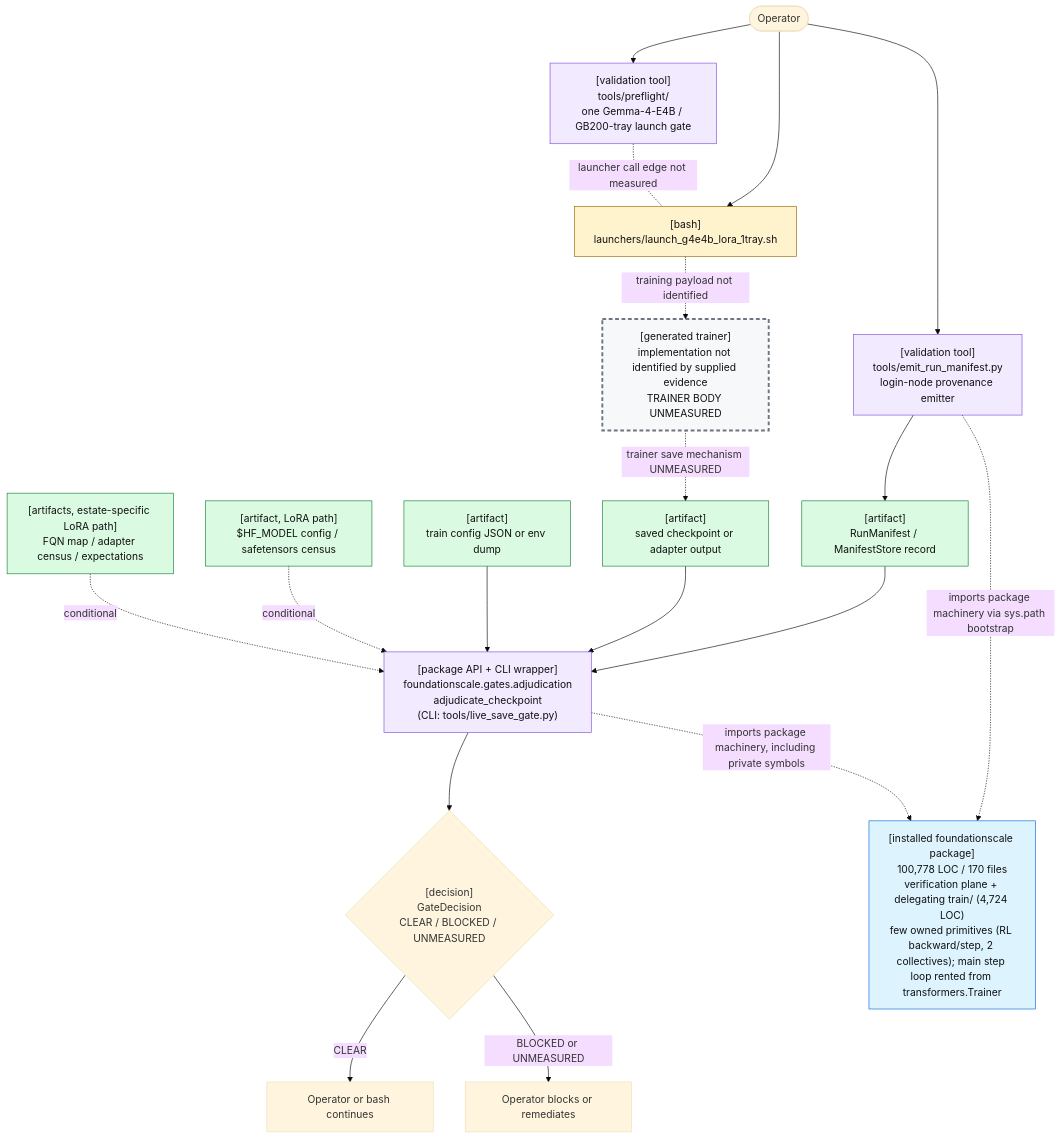
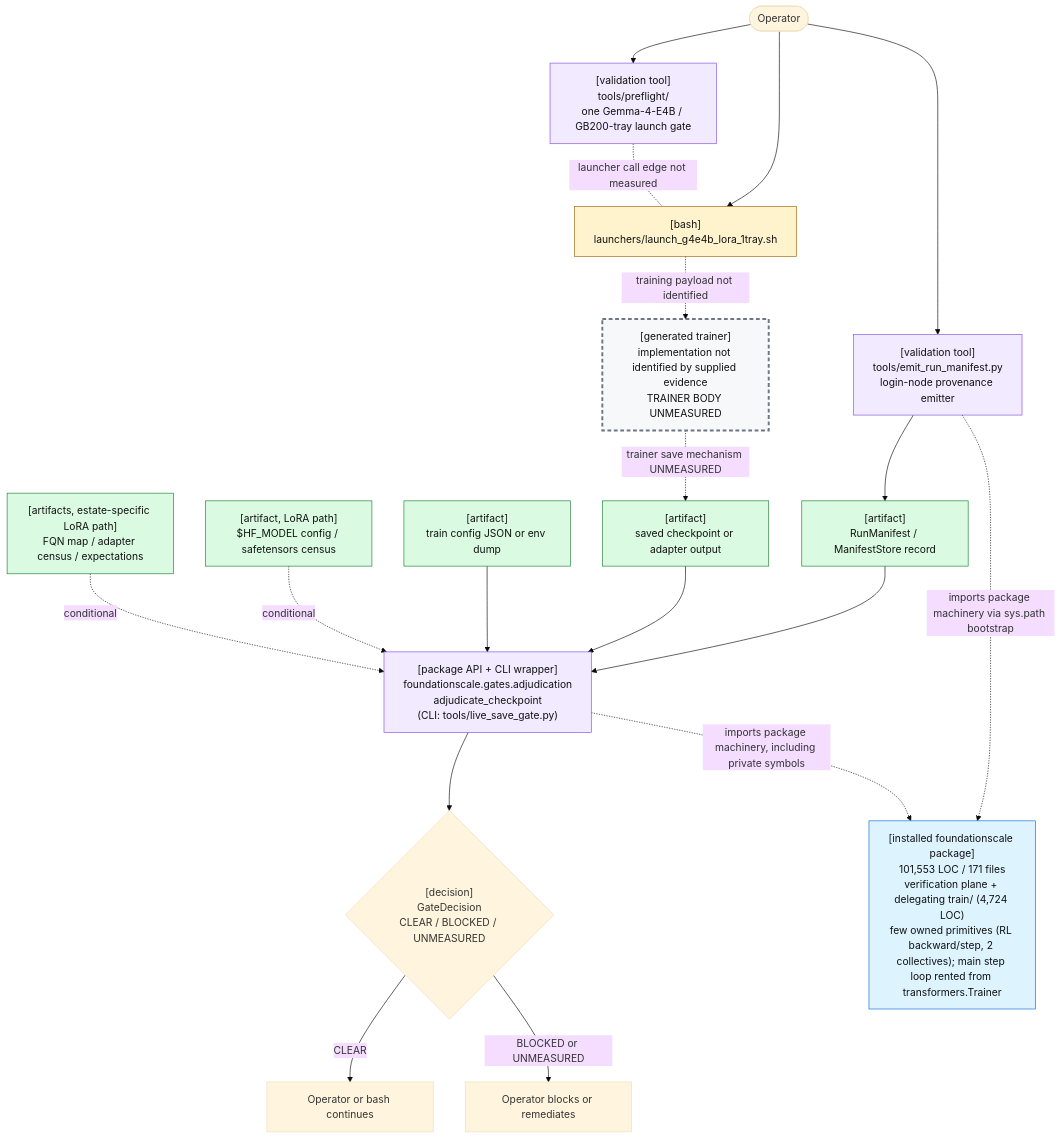
Before and after one commit to TranNhiem/FoundationScale: the first of 2 diagrams in docs/review/D2_current_architecture.md, drawn with Mermaid (base theme). The commit also changed other lines of this file and 10 other files, not shown here.

````diff
--- a/docs/review/D2_current_architecture.md
+++ b/docs/review/D2_current_architecture.md
@@ -25,59 +25,59 @@
 ```mermaid
 flowchart TB
   O(["Operator"])
 
   PF["[validation tool]<br/>tools/preflight/<br/>one Gemma-4-E4B / GB200-tray launch gate"]
   L["[bash]<br/>launchers/launch_g4e4b_lora_1tray.sh"]
 
   E["[validation tool]<br/>tools/emit_run_manifest.py<br/>login-node provenance emitter"]
   M["[artifact]<br/>RunManifest / ManifestStore record"]
 
   T["[generated trainer]<br/>implementation not identified by supplied evidence<br/>TRAINER BODY UNMEASURED"]
   C["[artifact]<br/>saved checkpoint or adapter output"]
 
   G["[package API + CLI wrapper]<br/>foundationscale.gates.adjudication<br/>adjudicate_checkpoint<br/>(CLI: tools/live_save_gate.py)"]
   CFG["[artifact]<br/>train config JSON or env dump"]
   BASE["[artifact, LoRA path]<br/>$HF_MODEL config / safetensors census"]
   CEN["[artifacts, estate-specific LoRA path]<br/>FQN map / adapter census / expectations"]
 
   D{"[decision]<br/>GateDecision<br/>CLEAR / BLOCKED / UNMEASURED"}
   OK["Operator or bash continues"]
   NO["Operator blocks or remediates"]
 
-  PKG["[installed foundationscale package]<br/>100,778 LOC / 170 files<br/>verification plane + delegating train/ (4,724 LOC)<br/>few owned primitives (RL backward/step, 2 collectives); main step loop rented from transformers.Trainer"]
+  PKG["[installed foundationscale package]<br/>101,553 LOC / 171 files<br/>verification plane + delegating train/ (4,724 LOC)<br/>few owned primitives (RL backward/step, 2 collectives); main step loop rented from transformers.Trainer"]
 
   O --> PF
   O --> L
   PF -. "launcher call edge not measured" .- L
 
   O --> E
   E --> M
 
   L -. "training payload not identified" .-> T
   T -. "trainer save mechanism UNMEASURED" .-> C
 
   M --> G
   C --> G
   CFG --> G
   BASE -. "conditional" .-> G
   CEN -. "conditional" .-> G
 
   E -. "imports package machinery via sys.path bootstrap" .-> PKG
   G -. "imports package machinery, including private symbols" .-> PKG
 
   G --> D
   D -->|"CLEAR"| OK
   D -->|"BLOCKED or UNMEASURED"| NO
 
   classDef bash fill:#fff3cd,stroke:#9a6700,color:#111;
   classDef tool fill:#f2eaff,stroke:#8250df,color:#111;
   classDef artifact fill:#dafbe1,stroke:#1a7f37,color:#111;
   classDef gap fill:#f6f8fa,stroke:#6e7781,stroke-width:3px,stroke-dasharray: 6 4,color:#111;
   classDef pkg fill:#ddf4ff,stroke:#0969da,color:#111;
 
   class L bash;
   class PF,E,G tool;
   class M,C,CFG,BASE,CEN artifact;
   class T gap;
   class PKG pkg;
 ```
````
